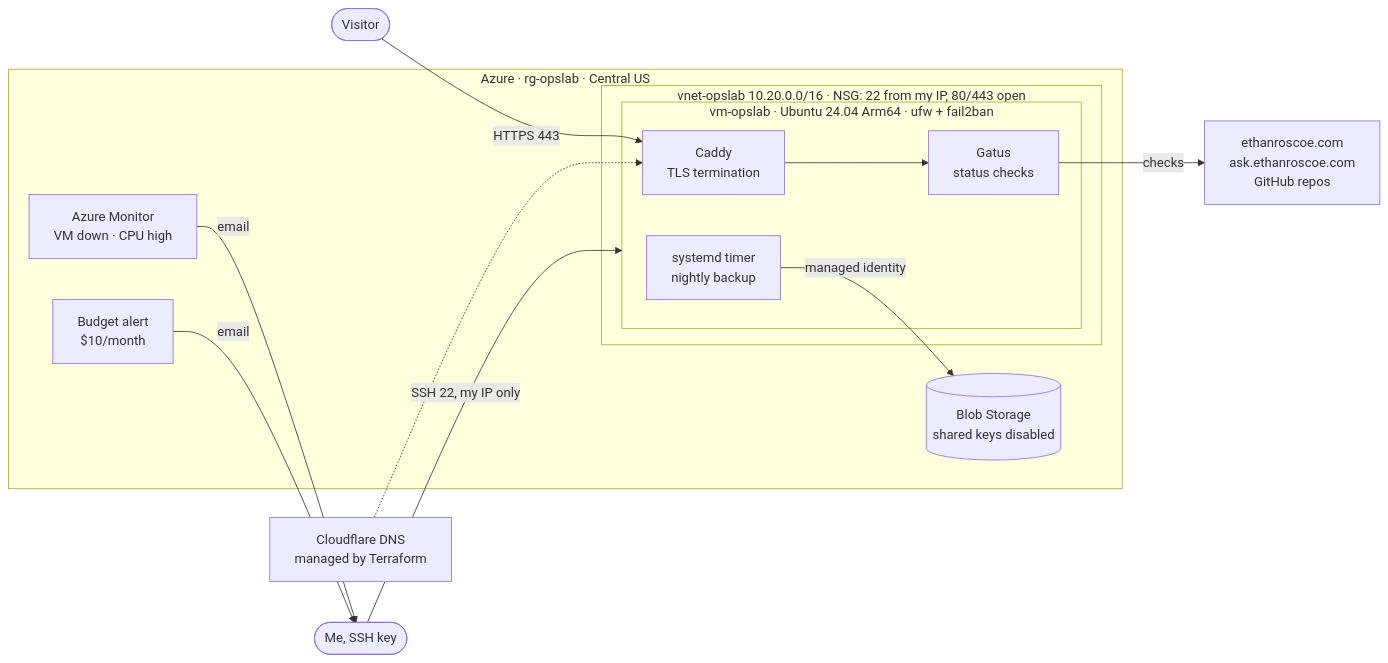
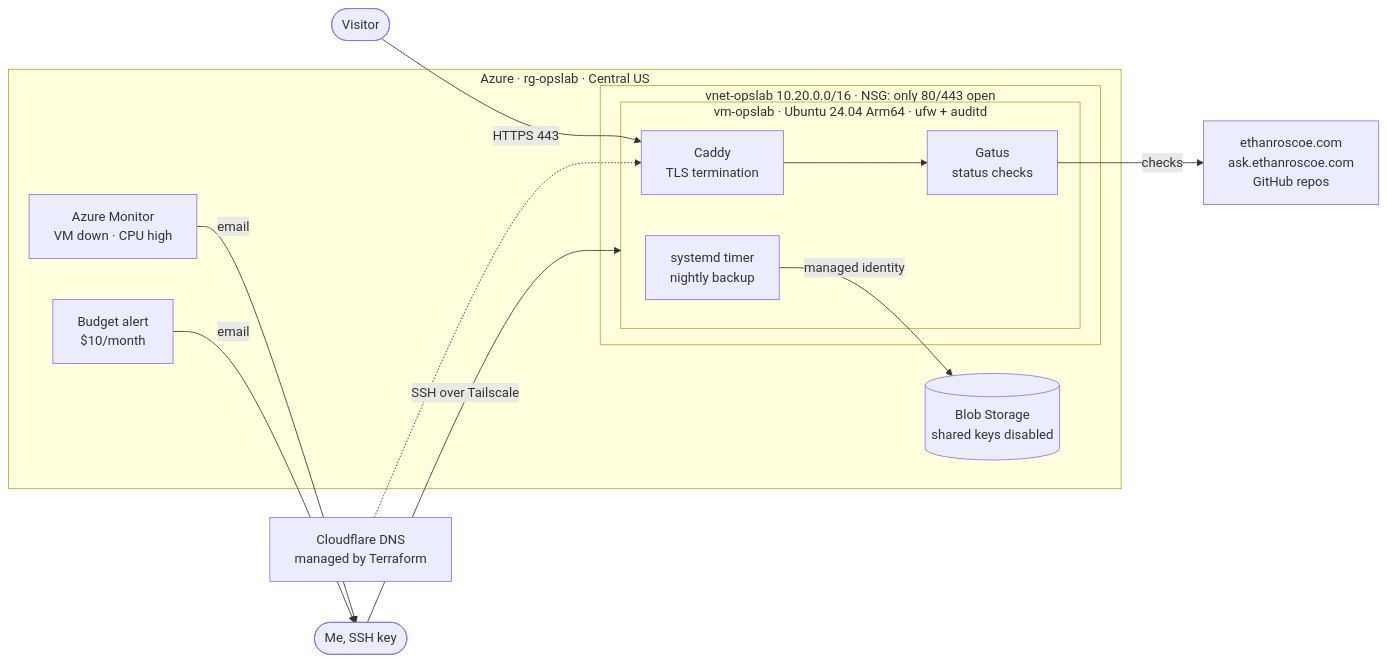
One commit to roscoe02/azure-ops-lab changed the diagram in README.md. Above: the diagram before and after it, drawn with Mermaid. The commit also changed other lines of this file and 15 other files, not shown here.

````diff
--- a/README.md
+++ b/README.md
@@ -18,23 +20,23 @@
 ```mermaid
 flowchart LR
   visitor([Visitor]) -->|HTTPS 443| caddy
-  me([Me, SSH key]) -->|SSH 22, my IP only| vm
+  me([Me, SSH key]) -->|SSH over Tailscale| vm
 
   subgraph azure["Azure · rg-opslab · Central US"]
-    subgraph vnet["vnet-opslab 10.20.0.0/16 · NSG: 22 from my IP, 80/443 open"]
-      subgraph vm["vm-opslab · Ubuntu 24.04 Arm64 · ufw + fail2ban"]
+    subgraph vnet["vnet-opslab 10.20.0.0/16 · NSG: only 80/443 open"]
+      subgraph vm["vm-opslab · Ubuntu 24.04 Arm64 · ufw + auditd"]
         caddy[Caddy<br/>TLS termination] --> gatus[Gatus<br/>status checks]
         timer[systemd timer<br/>nightly backup]
       end
     end
     storage[(Blob Storage<br/>shared keys disabled)]
     monitor[Azure Monitor<br/>VM down · CPU high]
     budget[Budget alert<br/>$10/month]
   end
 
   timer -->|managed identity| storage
   monitor -->|email| me
   budget -->|email| me
   gatus -->|checks| sites[ethanroscoe.com<br/>ask.ethanroscoe.com<br/>GitHub repos]
   dns[Cloudflare DNS<br/>managed by Terraform] -.-> caddy
 ```
````
